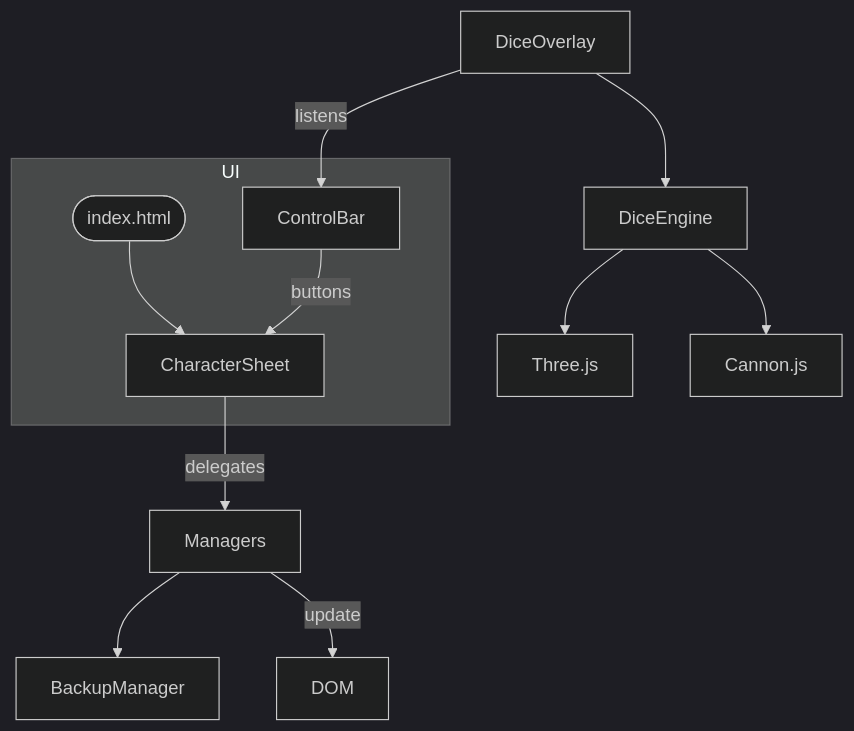
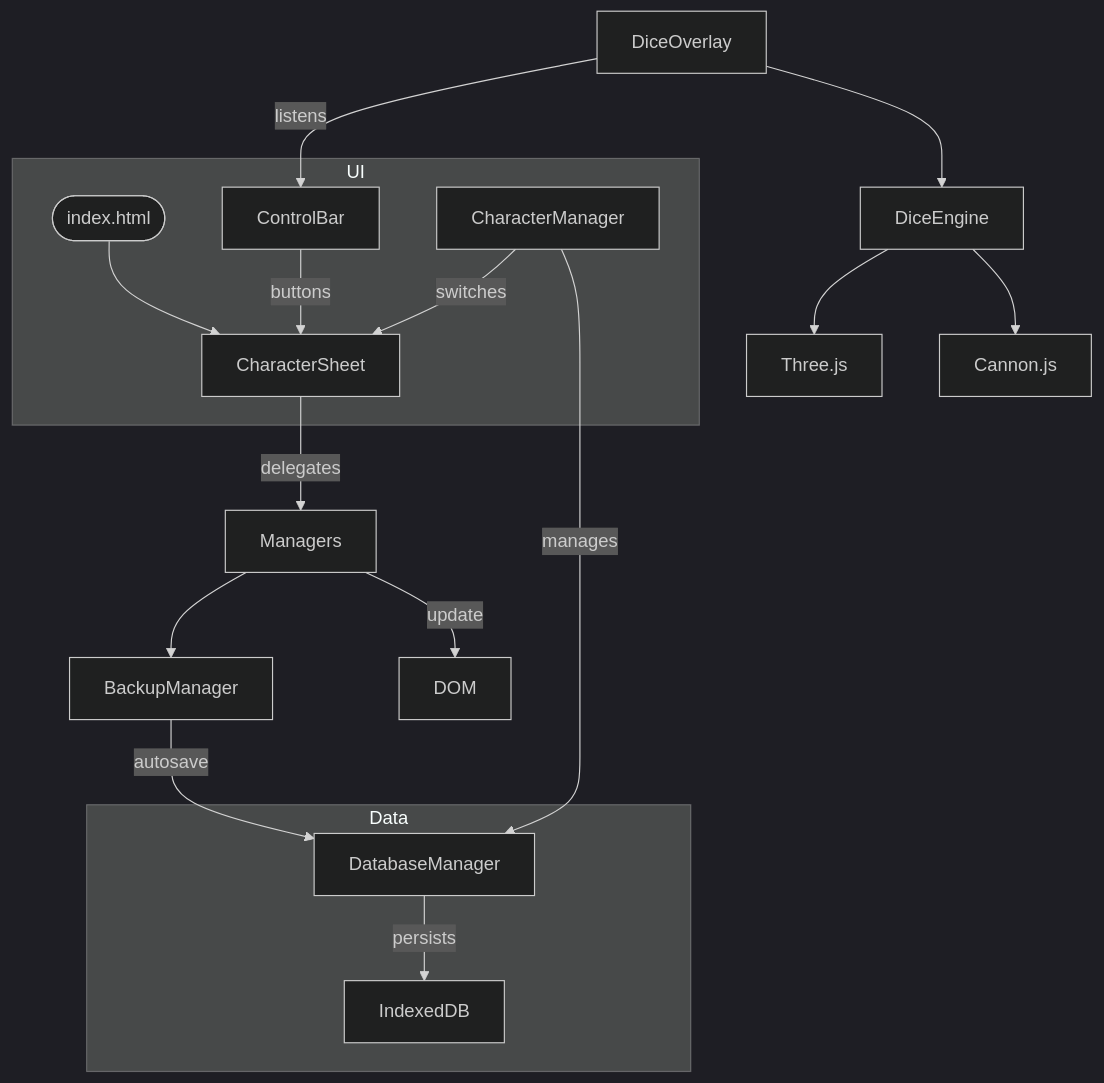
Before and after one commit to atRobJustice/The-Ledger: the diagram in DOCUMENTATION.md, drawn with Mermaid (dark theme). The commit also changed other lines of this file and 17 other files, not shown here.

````diff
--- a/DOCUMENTATION.md
+++ b/DOCUMENTATION.md
@@ -128,16 +133,23 @@
 ```mermaid
 flowchart TD
     subgraph UI
         indexHTML([index.html]) --> CharacterSheet
         ControlBar -->|buttons| CharacterSheet
+        CharacterManager -->|switches| CharacterSheet
+    end
+
+    subgraph Data
+        DatabaseManager -->|persists| IndexedDB
+        CharacterManager -->|manages| DatabaseManager
     end
 
     CharacterSheet -->|delegates| Managers
     Managers --> BackupManager
     Managers -->|update| DOM
+    BackupManager -->|autosave| DatabaseManager
 
     DiceOverlay -- listens --> ControlBar
     DiceOverlay --> DiceEngine
     DiceEngine --> ThreeJS[Three.js]
     DiceEngine --> CannonJS[Cannon.js]
 ```
````
